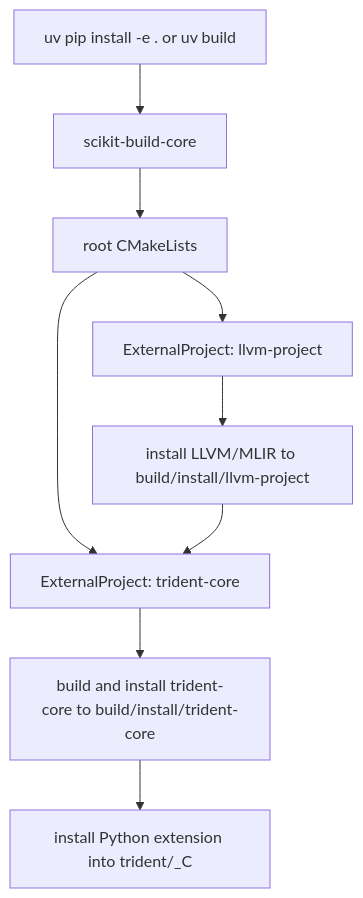
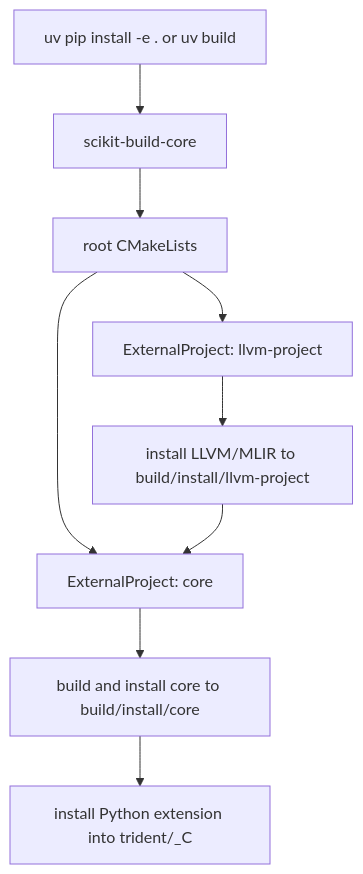
Before and after one commit to sgjzfzzf/Trident: the first of 2 diagrams in docs/Architecture.md, drawn with Mermaid. The commit also changed other lines of this file and 214 other files, not shown here.

Commit message:
refactor(project): restructure trident-core into core + ffi subprojects

````diff
--- a/docs/Architecture.md
+++ b/docs/Architecture.md
@@ -24,11 +24,11 @@
 ```mermaid
 flowchart TD
   A[uv pip install -e . or uv build] --> B[scikit-build-core]
   B --> C[root CMakeLists]
   C --> D[ExternalProject: llvm-project]
-  C --> E[ExternalProject: trident-core]
+  C --> E[ExternalProject: core]
   D --> F[install LLVM/MLIR to build/install/llvm-project]
   F --> E
-  E --> G[build and install trident-core to build/install/trident-core]
+  E --> G[build and install core to build/install/core]
   G --> H[install Python extension into trident/_C]
 ```
````
